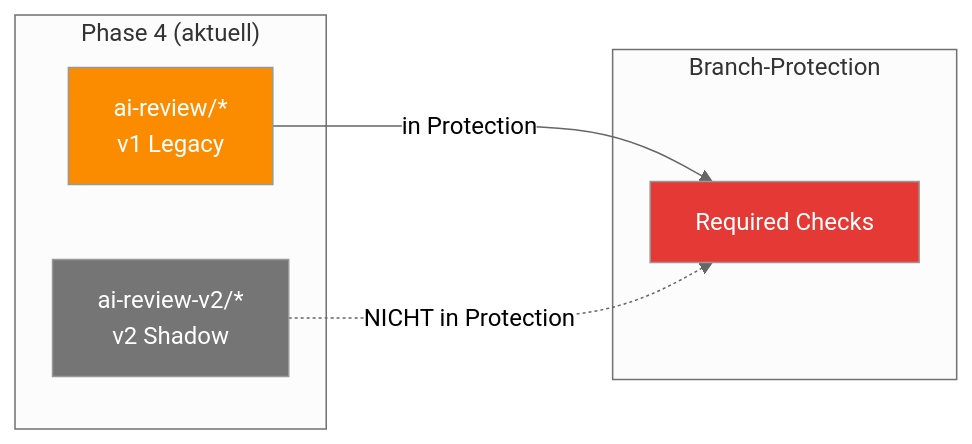
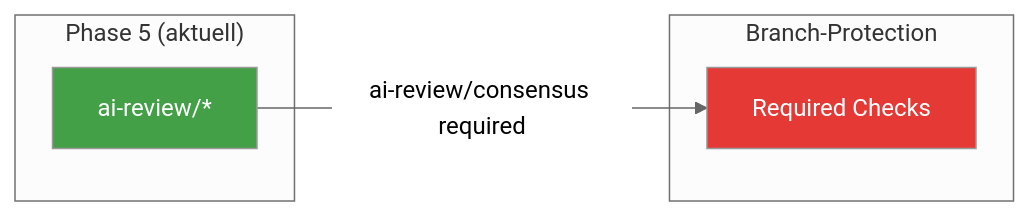
One commit to EtroxTaran/agent-stack changed the diagram in docs/wiki/70-reference/20-status-contexts.md. Above: the diagram before and after it, drawn with Mermaid (neutral theme). The commit also changed other lines of this file and 23 other files, not shown here.

````diff
--- a/docs/wiki/70-reference/20-status-contexts.md
+++ b/docs/wiki/70-reference/20-status-contexts.md
@@ -7,21 +7,17 @@
 ```mermaid
 graph LR
-    subgraph "Phase 4 (aktuell)"
-        V1[ai-review/*<br/>v1 Legacy]
-        V2[ai-review-v2/*<br/>v2 Shadow]
+    subgraph "Phase 5 (aktuell)"
+        V[ai-review/*]
     end
 
     subgraph "Branch-Protection"
         REQ[Required Checks]
     end
 
-    V1 -->|in Protection| REQ
-    V2 -.->|NICHT in Protection| REQ
+    V -->|ai-review/consensus required| REQ
 
-    classDef current fill:#fb8c00,color:#fff
-    classDef shadow fill:#757575,color:#fff
+    classDef current fill:#43a047,color:#fff
     classDef protection fill:#e53935,color:#fff
-    class V1 current
-    class V2 shadow
+    class V current
     class REQ protection
 ```
````
